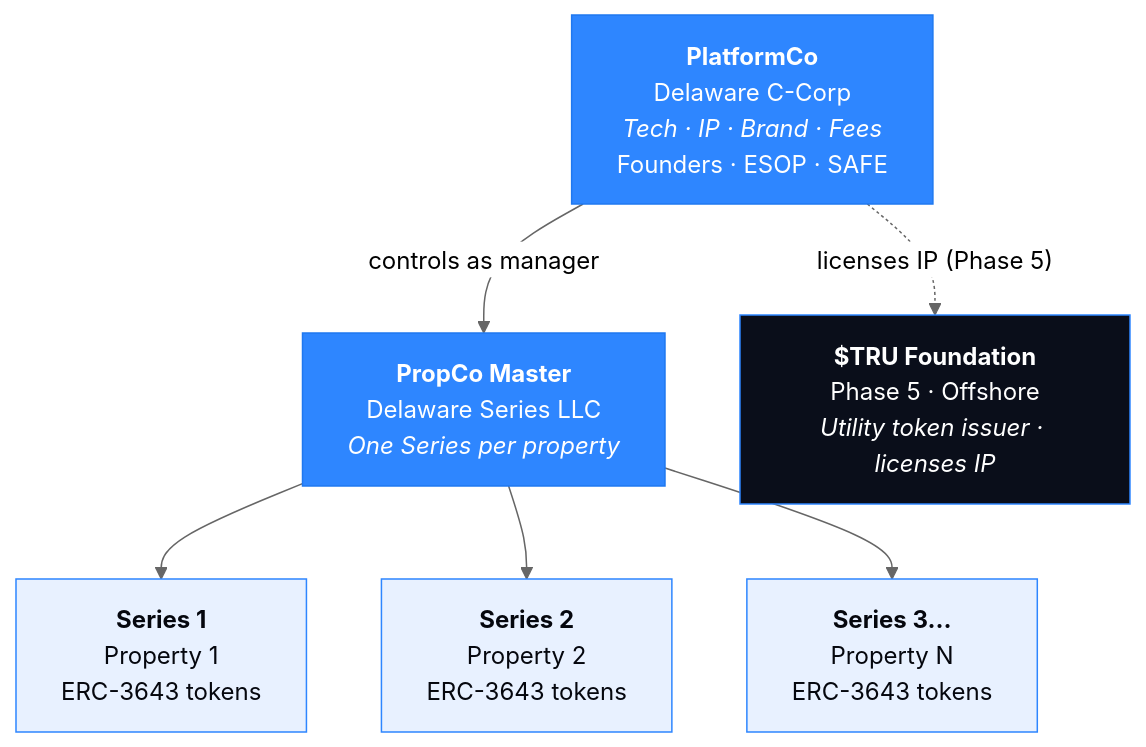
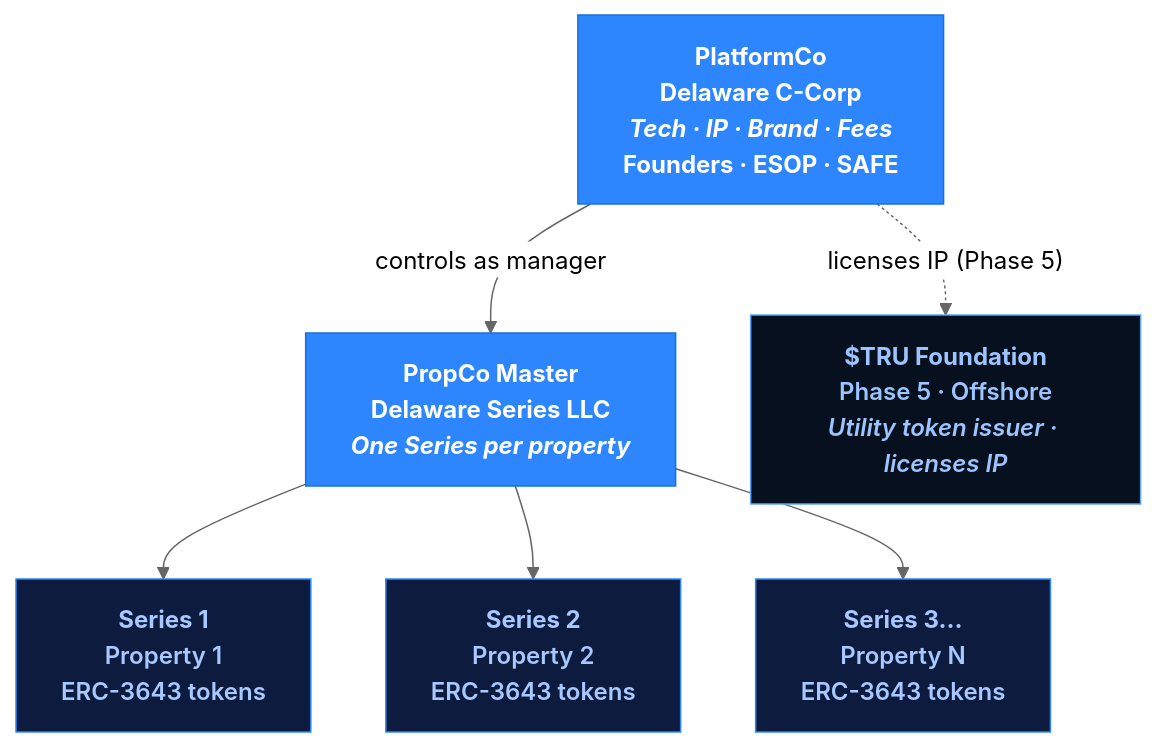
Before and after one commit to Gur-noor/Property-United: the diagram in docs/corporate-structure.md, drawn with Mermaid (neutral theme). The commit also changed 17 other files, not shown here.

````diff
--- a/docs/corporate-structure.md
+++ b/docs/corporate-structure.md
@@ -11,22 +11,22 @@
 ```mermaid
 flowchart TD
     P["<b>PlatformCo</b><br/>Delaware C-Corp<br/><i>Tech · IP · Brand · Fees</i><br/>Founders · ESOP · SAFE"]
     M["<b>PropCo Master</b><br/>Delaware Series LLC<br/><i>One Series per property</i>"]
     S1["<b>Series 1</b><br/>Property 1<br/>ERC-3643 tokens"]
     S2["<b>Series 2</b><br/>Property 2<br/>ERC-3643 tokens"]
     S3["<b>Series 3…</b><br/>Property N<br/>ERC-3643 tokens"]
     F["<b>$TRU Foundation</b><br/>Phase 5 · Offshore<br/><i>Utility token issuer · licenses IP</i>"]
 
     P -- "controls as manager" --> M
     M --> S1
     M --> S2
     M --> S3
     P -. "licenses IP (Phase 5)" .-> F
 
-    classDef platform fill:#2E86FF,stroke:#1f78f0,color:#fff;
-    classDef series fill:#e8f1ff,stroke:#2E86FF,color:#05070e;
-    classDef foundation fill:#0a0e1a,stroke:#2E86FF,color:#fff;
+    classDef platform fill:#2E86FF,stroke:#1a6fdd,color:#fff,font-weight:bold;
+    classDef series fill:#0d1b3e,stroke:#2E86FF,color:#a8c8ff,font-weight:600;
+    classDef foundation fill:#07101f,stroke:#5ba4ff,color:#9cc4ff,font-weight:600;
     class P,M platform;
     class S1,S2,S3 series;
     class F foundation;
 ```
````
